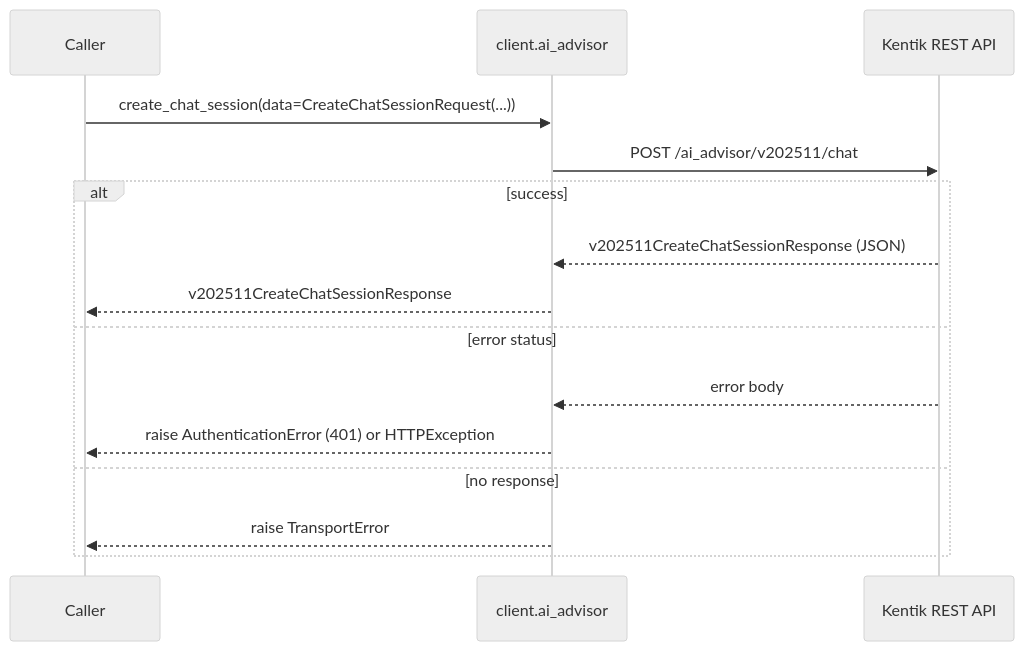
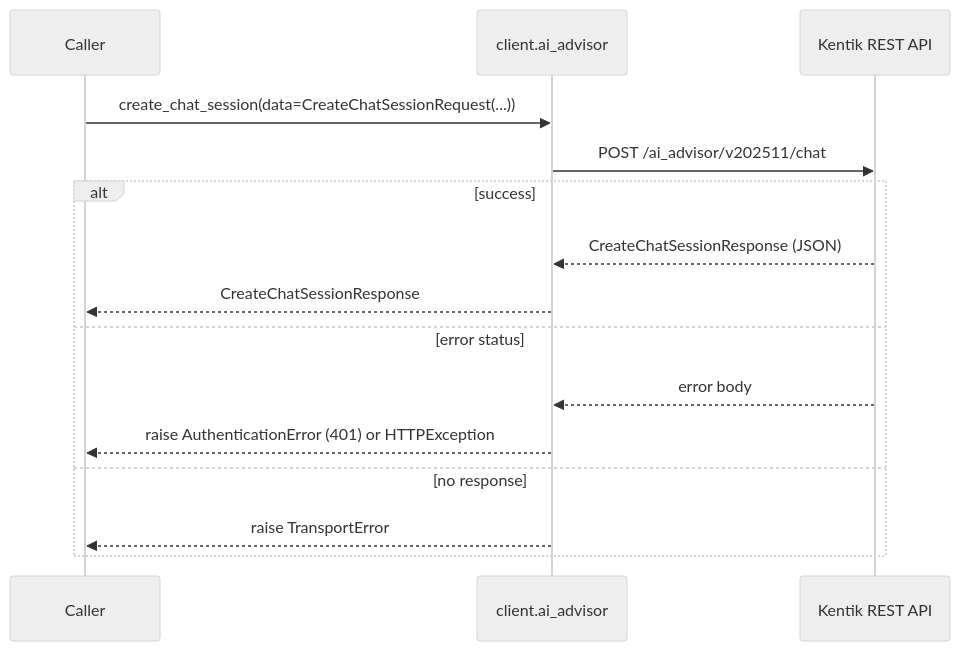
One commit to alexdearaujo/community_sdk_python changed the second of 8 diagrams in docs/sphinx/services/ai_advisor.md. Above: the diagram before and after it, drawn with Mermaid (neutral theme). The commit also changed other lines of this file and 38 other files, not shown here.

````diff
--- a/docs/sphinx/services/ai_advisor.md
+++ b/docs/sphinx/services/ai_advisor.md
@@ -38,18 +38,18 @@
 ```mermaid
 sequenceDiagram
     participant C as Caller
     participant W as client.ai_advisor
     participant API as Kentik REST API
 
     C->>W: create_chat_session(data=CreateChatSessionRequest(...))
     W->>API: POST /ai_advisor/v202511/chat
     alt success
-        API-->>W: v202511CreateChatSessionResponse (JSON)
-        W-->>C: v202511CreateChatSessionResponse
+        API-->>W: CreateChatSessionResponse (JSON)
+        W-->>C: CreateChatSessionResponse
     else error status
         API-->>W: error body
         W-->>C: raise AuthenticationError (401) or HTTPException
     else no response
         W-->>C: raise TransportError
     end
 ```
````
